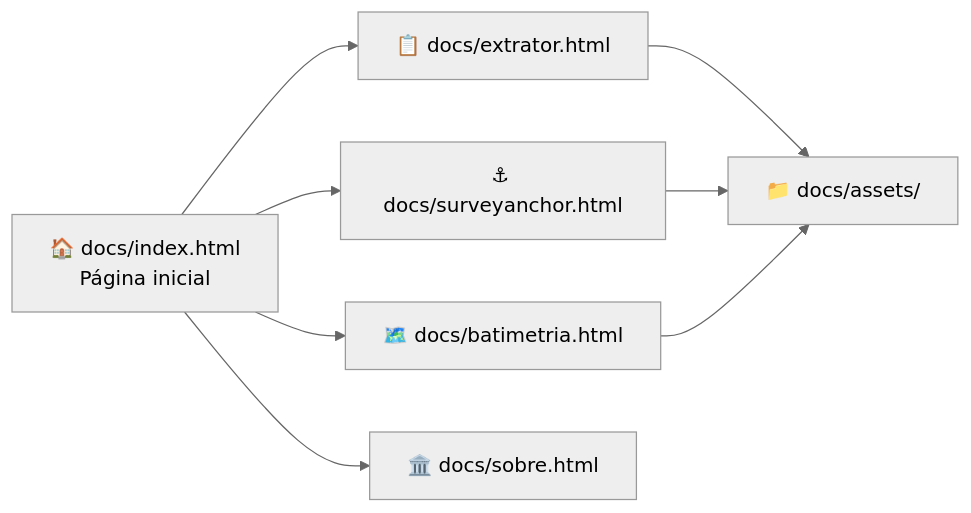
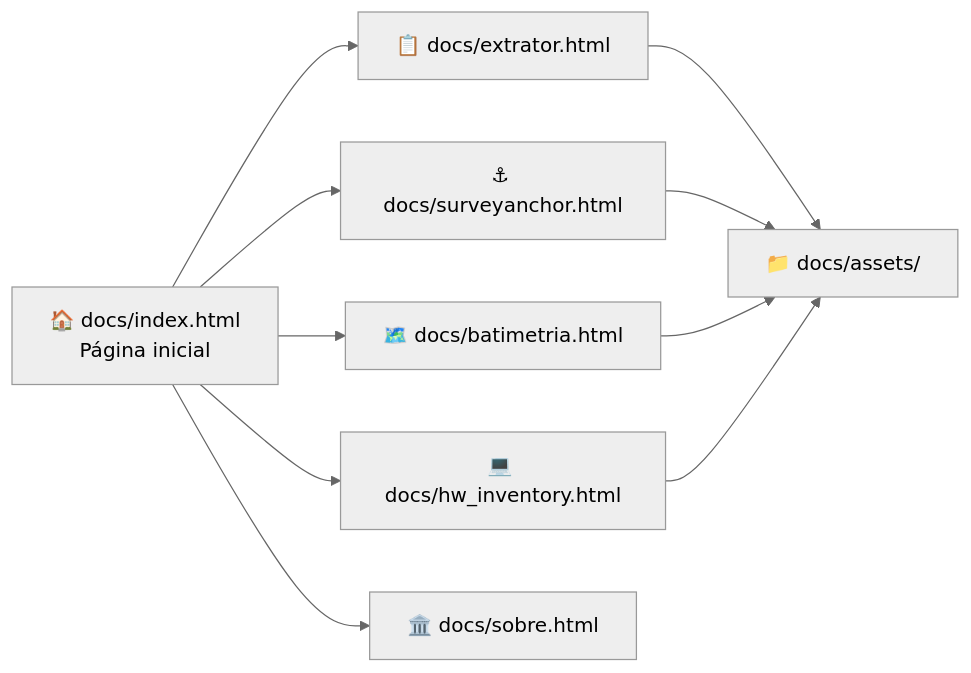
The first of 2 diagrams in README.md (AndressaLF/ggemma_projects), drawn with Mermaid (neutral theme) before and after one commit. The commit also changed other lines of this file and 5 other files, not shown here.

````diff
--- a/README.md
+++ b/README.md
@@ -183,10 +188,12 @@
 ```mermaid
 flowchart LR
   A["🏠 docs/index.html<br/>Página inicial"] --> B["📋 docs/extrator.html"]
   A --> S["⚓ docs/surveyanchor.html"]
   A --> C["🗺️ docs/batimetria.html"]
+  A --> H["💻 docs/hw_inventory.html"]
   A --> O["🏛️ docs/sobre.html"]
   B --> D["📁 docs/assets/"]
   S --> D
   C --> D
+  H --> D
 ```
````
